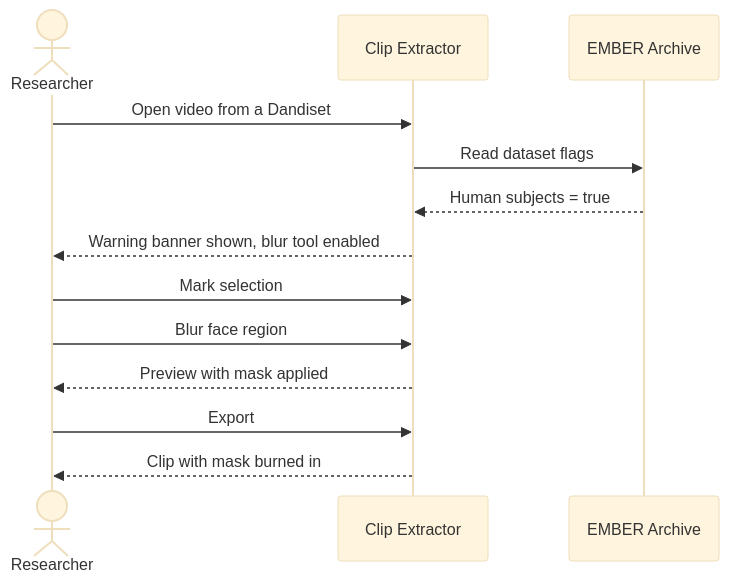
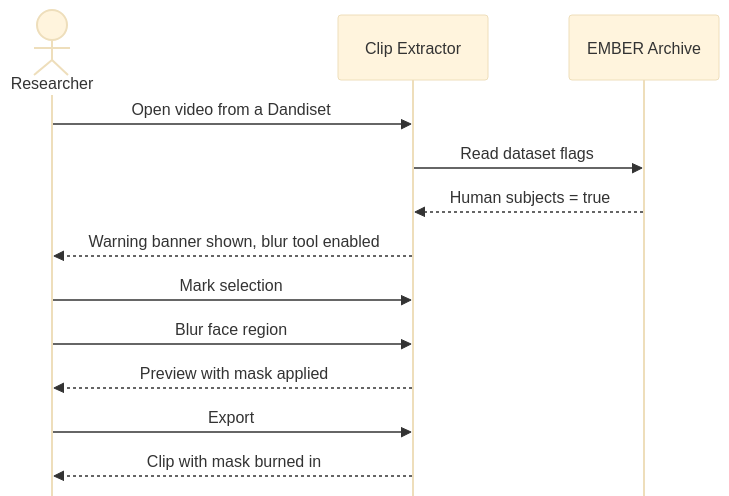
The diagram in user-stories/clip-extractor/story-10-blur-people-before-sharing.md (CodyCBakerPhD/BBQS-EMBER-docs), drawn with Mermaid (base theme) before and after one commit. The commit also changed 3 other files, not shown here.

First line of the commit message:
Drop the mirrored bottom actors from the sequence diagrams

````diff
--- a/user-stories/clip-extractor/story-10-blur-people-before-sharing.md
+++ b/user-stories/clip-extractor/story-10-blur-people-before-sharing.md
@@ -16,16 +16,17 @@
 ```mermaid
+%%{init: {"sequence": {"mirrorActors": false}}}%%
 sequenceDiagram
     actor R as Researcher
     participant CE as Clip Extractor
     participant E as EMBER Archive
 
     R->>CE: Open video from a Dandiset
     CE->>E: Read dataset flags
     E-->>CE: Human subjects = true
     CE-->>R: Warning banner shown, blur tool enabled
     R->>CE: Mark selection
     R->>CE: Blur face region
     CE-->>R: Preview with mask applied
     R->>CE: Export
     CE-->>R: Clip with mask burned in
 ```
````
